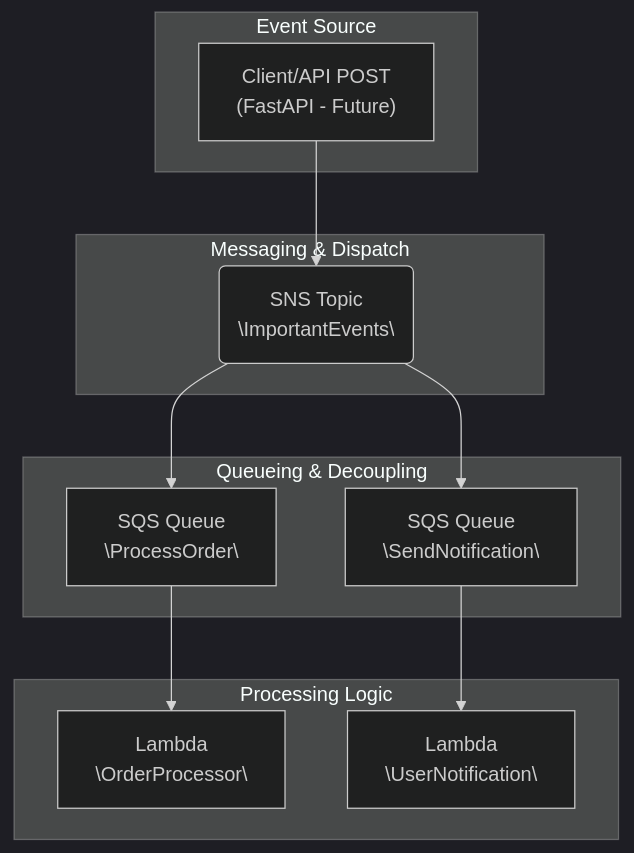
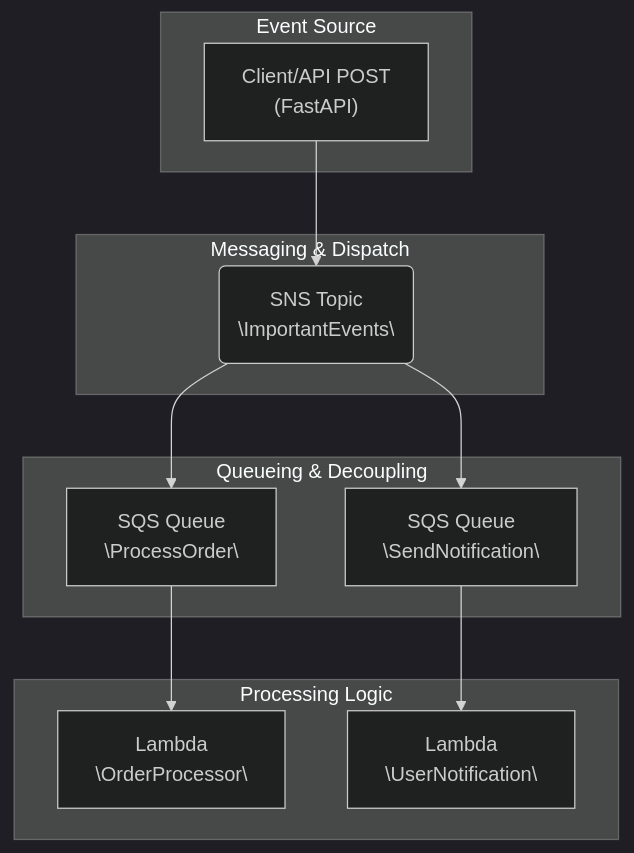
Before and after one commit to rrbarrero/sns-sqs-lambda-poc: the diagram in README.md, drawn with Mermaid (dark theme).

````diff
--- a/README.md
+++ b/README.md
@@ -29,26 +29,26 @@
 ```mermaid
 graph TD
-    A["Client/API POST\n(FastAPI - Future)"] --> B("SNS Topic\n\"ImportantEvents\"");
+    A["Client/API POST\n(FastAPI)"] --> B("SNS Topic\n\"ImportantEvents\"");
     B --> C1["SQS Queue\n\"ProcessOrder\""];
     B --> C2["SQS Queue\n\"SendNotification\""];
     C1 --> D1["Lambda\n\"OrderProcessor\""];
     C2 --> D2["Lambda\n\"UserNotification\""];
 
     subgraph "Event Source"
         A
     end
 
     subgraph "Messaging & Dispatch"
         B
     end
 
     subgraph "Queueing & Decoupling"
         C1
         C2
     end
 
     subgraph "Processing Logic"
         D1
         D2
     end
 ```
````
